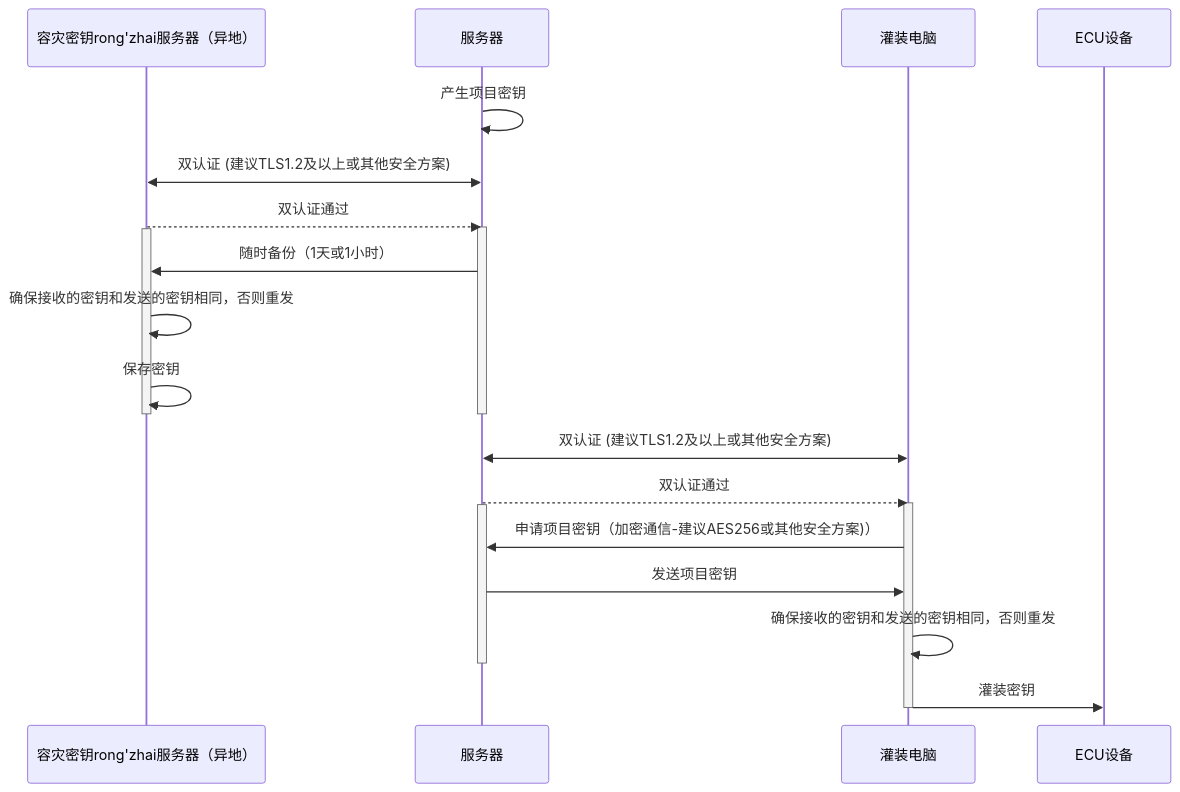
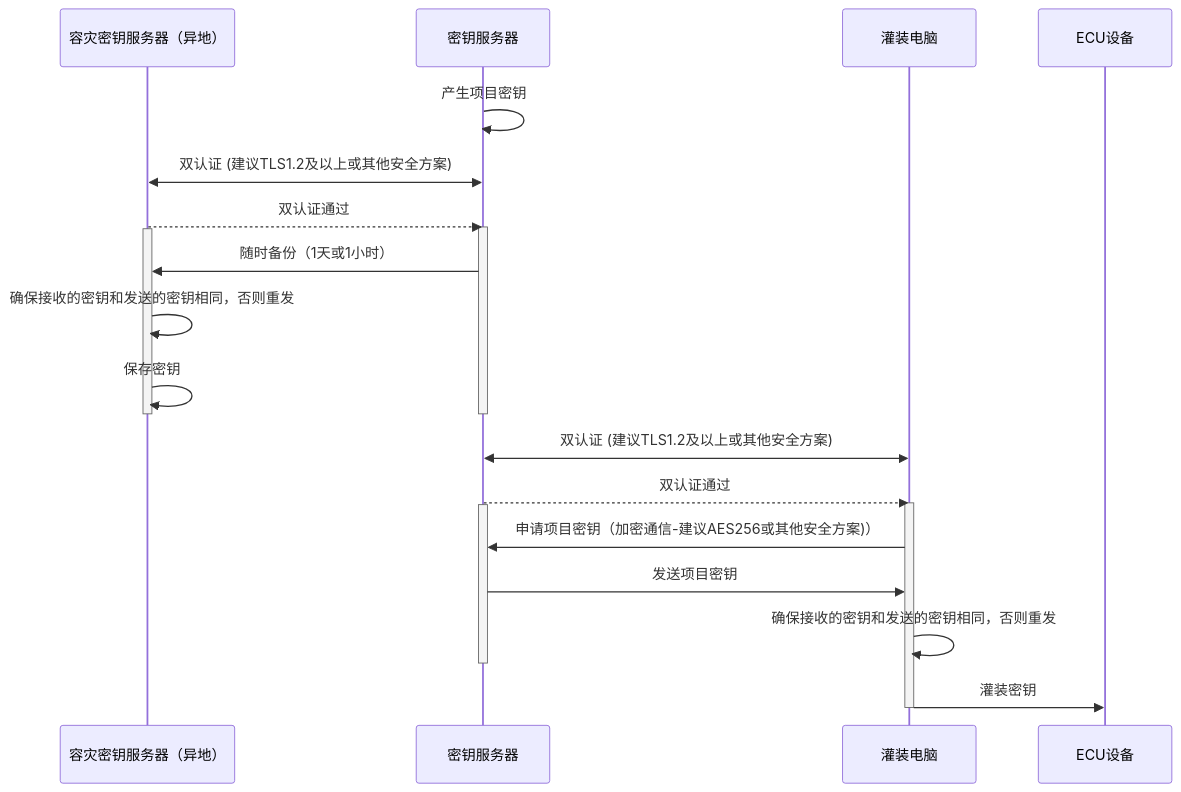
Before and after one commit to facebook-cloud/iodraw-files: the diagram in all/未命名-15.md, drawn with Mermaid.

Commit message:
2026-02-03 16:38:45 update

````diff
--- a/all/未命名-15.md
+++ b/all/未命名-15.md
@@ -1,32 +1,32 @@
 ```mermaid
 sequenceDiagram
-    participant B as 容灾密钥rong'zhai服务器（异地）
-    participant A as 服务器
+    participant B as 容灾密钥服务器（异地）
+    participant A as 密钥服务器
     participant C as 灌装电脑
     participant D as ECU设备
 
     A->>A: 产生项目密钥
     A<<->>B: 双认证 (建议TLS1.2及以上或其他安全方案)
     B-->>A: 双认证通过
     activate A
     activate B
     A->>B: 随时备份（1天或1小时）
 
     B->>B: 确保接收的密钥和发送的密钥相同，否则重发
     B->>B: 保存密钥
     deactivate B
     deactivate A
 
     C<<->>A: 双认证 (建议TLS1.2及以上或其他安全方案)
     A-->>C: 双认证通过
     activate C
     activate A
     C->>A: 申请项目密钥（加密通信-建议AES256或其他安全方案)）
     A->>C: 发送项目密钥
 
     C->>C: 确保接收的密钥和发送的密钥相同，否则重发
     deactivate A
     C->>D: 灌装密钥
     deactivate C
 
 ```
````
